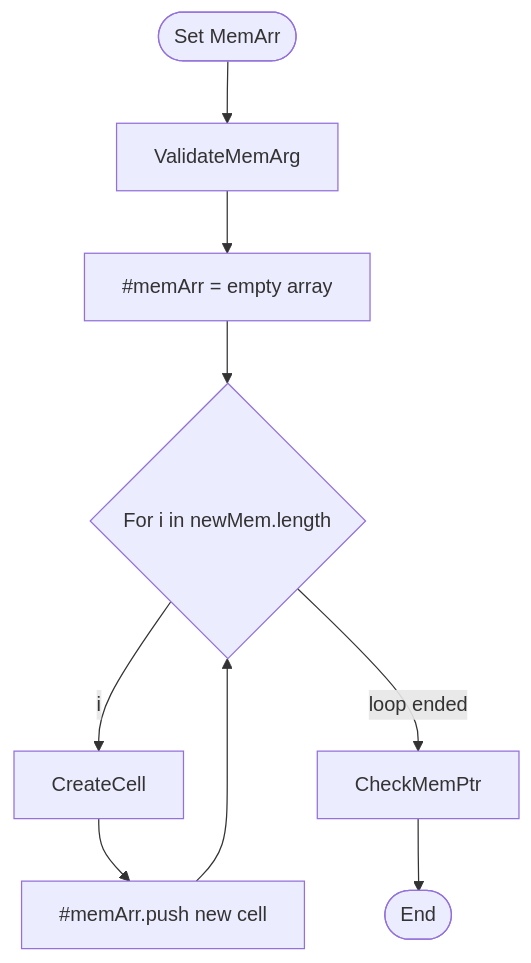
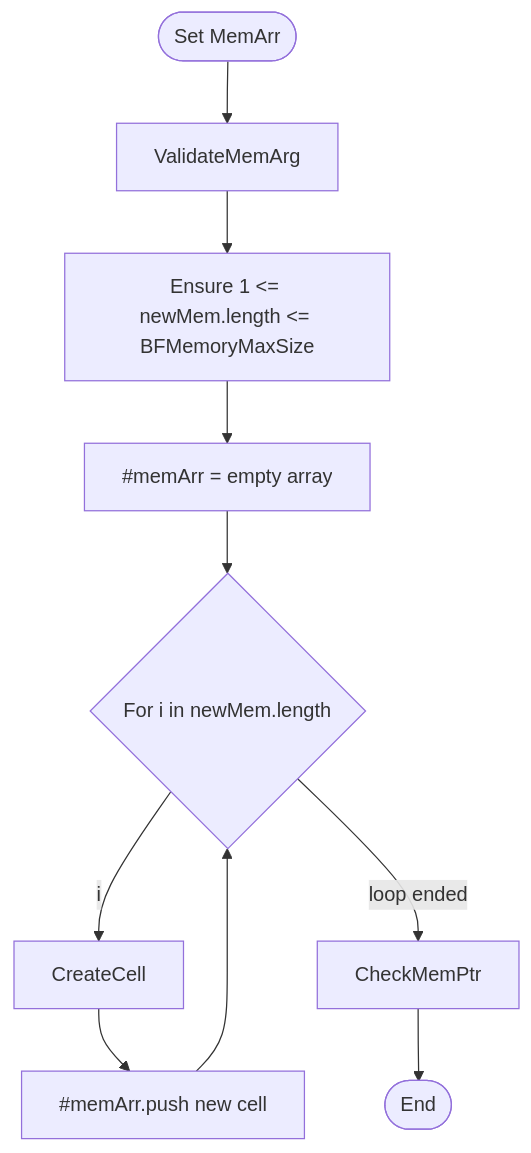
Diagram 17 of 41 in Classes_Info/BrainfuckExecuter.md (BCS21090011/BrainFucker), drawn with Mermaid before and after one commit. The commit also changed other lines of this file and 1 other file, not shown here.

Commit message:
Added length check when setting MemArr. Documentation.

````diff
--- a/Classes_Info/BrainfuckExecuter.md
+++ b/Classes_Info/BrainfuckExecuter.md
@@ -644,30 +647,33 @@
     ```mermaid
     flowchart TD
 
     Start([Set MemArr])
     ValidateMemArg
+    EnsureInRange[Ensure 1 <= newMem.length <= BFMemoryMaxSize]
     InitializeMemArr[#memArr = empty array]
     ForCond{For i in newMem.length}
     CreateCell
     PushToMemArr[#memArr.push new cell]
     CheckMemPtr
     End([End])
 
     Start
     -->
     ValidateMemArg
+    -->
+    EnsureInRange
     -->
     InitializeMemArr
     -->
     ForCond
     --i-->
     CreateCell
     -->
     PushToMemArr
     -->
     ForCond
     --loop ended-->
     CheckMemPtr
     -->
     End
     ```
````
